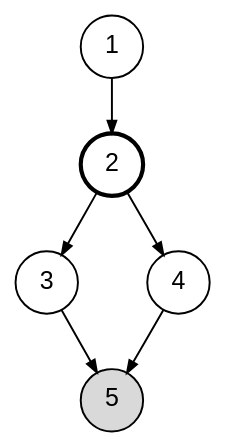
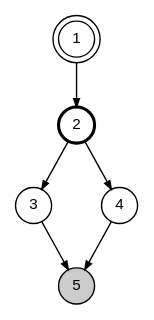
The diagram in Info_Prop_Framework_Project/InfoPropFrmwrk/Publications/My work/Full thesis/Chapters/Probability/figures/fig01_simple_diamond/fig01_simple_diamond.dot (Temi-Tory/IPM_Working), drawn with Graphviz before and after one commit. The commit also changed 104 other files, not shown here.

```diff
--- a/Info_Prop_Framework_Project/InfoPropFrmwrk/Publications/My work/Full thesis/Chapters/Probability/figures/fig01_simple_diamond/fig01_simple_diamond.dot
+++ b/Info_Prop_Framework_Project/InfoPropFrmwrk/Publications/My work/Full thesis/Chapters/Probability/figures/fig01_simple_diamond/fig01_simple_diamond.dot
@@ -1,13 +1,5 @@
-// Fig — the simple diamond of the failure demonstration: source 1, fork 2, parents 3/4, join 5.
-digraph simple_diamond {
-  rankdir=TB; nodesep=0.7; ranksep=0.55;
-  node [shape=circle, fontname="Helvetica", fontsize=18, width=0.62, fixedsize=true, penwidth=1.4];
-  edge [penwidth=1.4, arrowsize=0.9];
-  1;
-  2 [penwidth=3];
-  3; 4;
-  5 [style=filled, fillcolor=gray85];
-  1 -> 2;
-  2 -> 3; 2 -> 4;
-  3 -> 5; 4 -> 5;
-}
+digraph G { rankdir=TB; nodesep=0.5; ranksep=0.45;
+ node [shape=circle, fontsize=11, width=0.36, fixedsize=true, fontname="Helvetica"];
+ edge [arrowsize=0.6];
+ 1 [peripheries=2]; 2 [penwidth=2.2]; 5 [style=filled, fillcolor="#cccccc"];
+ 1->2; 2->3; 2->4; 3->5; 4->5; }
```
